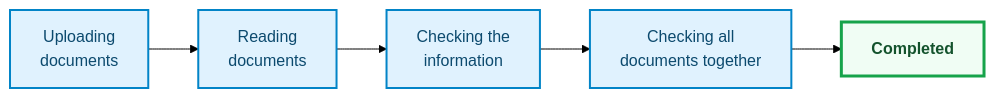
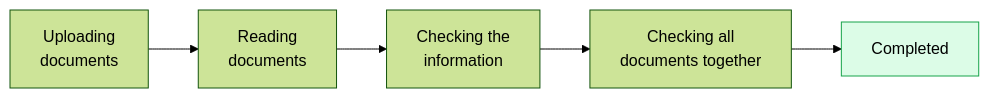
Before and after one commit to 23110572-hash/Shram-Drishti: the third of 5 diagrams in README.md, drawn with Mermaid (forest theme). The commit also changed other lines of this file, not shown here.

Commit message:
Rewrite README with Mermaid diagrams and problem statement mapping

````diff
--- a/README.md
+++ b/README.md
@@ -150,10 +109,6 @@
 ```mermaid
 flowchart LR
-    S1["Uploading<br/>documents"] --> S2["Reading<br/>documents"] --> S3["Checking the<br/>information"] --> S4["Checking all<br/>documents together"] --> S5["<b>Completed</b>"]
+    A["Uploading<br/>documents"] --> B["Reading<br/>documents"] --> C["Checking the<br/>information"] --> D["Checking all<br/>documents together"] --> E["Completed"]
 
-    style S1 fill:#e0f2fe,stroke:#0284c7,stroke-width:2px,color:#0c4a6e
-    style S2 fill:#e0f2fe,stroke:#0284c7,stroke-width:2px,color:#0c4a6e
-    style S3 fill:#e0f2fe,stroke:#0284c7,stroke-width:2px,color:#0c4a6e
-    style S4 fill:#e0f2fe,stroke:#0284c7,stroke-width:2px,color:#0c4a6e
-    style S5 fill:#f0fdf4,stroke:#16a34a,stroke-width:3px,color:#14532d
+    style E fill:#dcfce7,stroke:#16a34a
 ```
````
